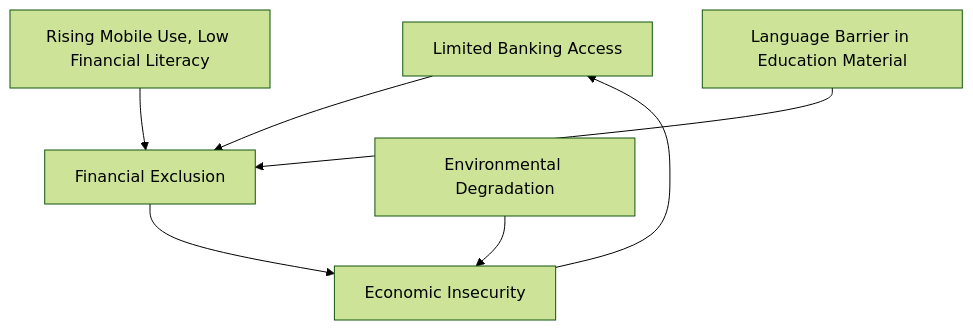
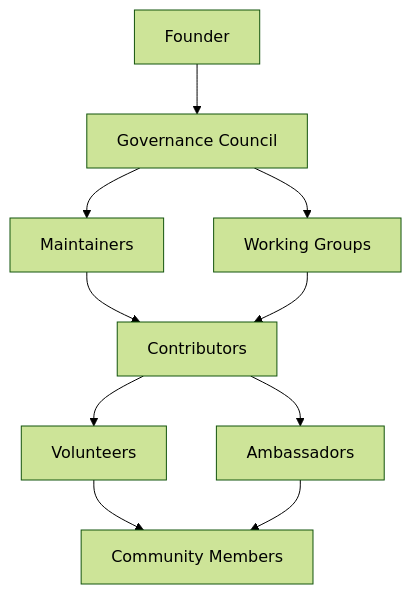
Before and after one commit to Celo-HaiTi/CeloHT: the tenth of 21 diagrams in WHITEPAPER.md, drawn with Mermaid (forest theme). The commit also changed other lines of this file, not shown here.

````diff
--- a/WHITEPAPER.md
+++ b/WHITEPAPER.md
@@ -272,9 +621,12 @@
 ```mermaid
-flowchart TD
-    A[Limited Banking Access] --> E[Financial Exclusion]
-    B[Rising Mobile Use, Low Financial Literacy] --> E
-    C[Language Barrier in Education Material] --> E
-    D[Environmental Degradation] --> F[Economic Insecurity]
-    E --> F
-    F --> A
+graph TD
+    A[Founder] --> B[Governance Council]
+    B --> C[Maintainers]
+    B --> D[Working Groups]
+    C --> E[Contributors]
+    D --> E
+    E --> F[Volunteers]
+    E --> G[Ambassadors]
+    F --> H[Community Members]
+    G --> H
 ```
````
